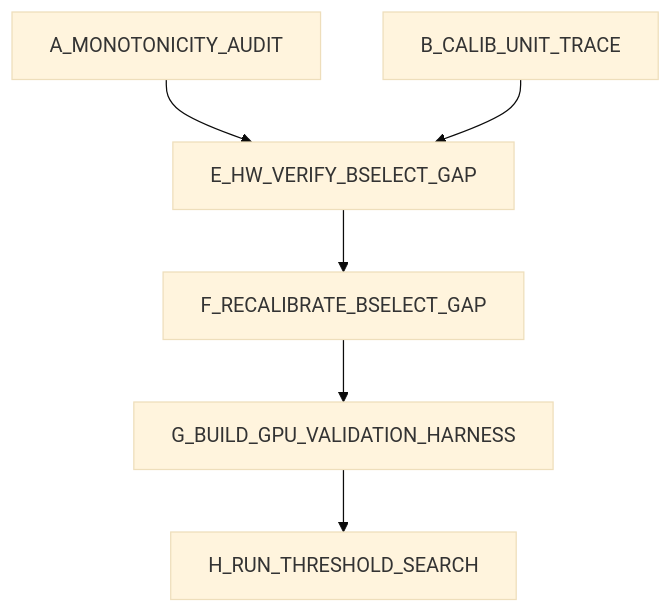
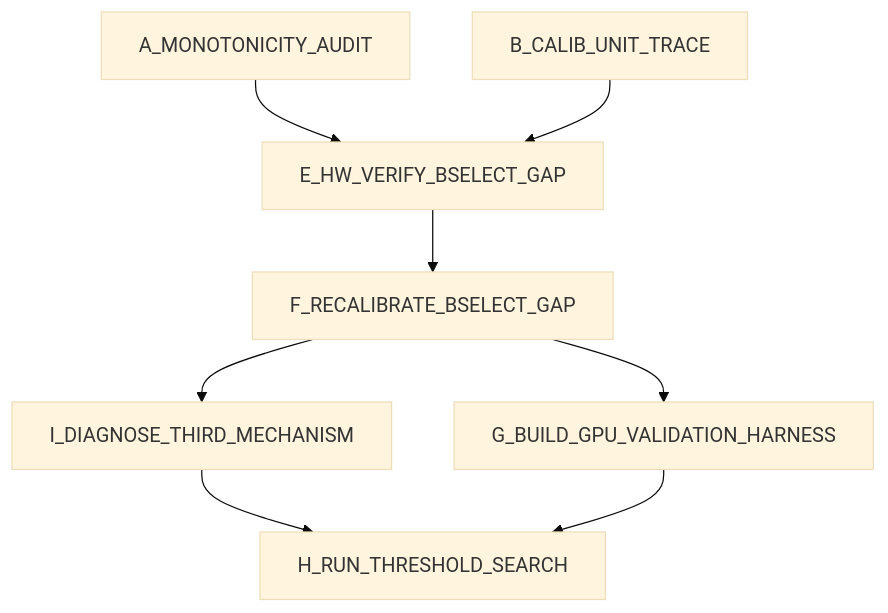
One commit to Sarose550/ICM changed the diagram in SPRINT_GPU_MONOTONICITY_DAG.md. Above: the diagram before and after it, drawn with Mermaid (base theme). The commit also changed other lines of this file and 5 other files, not shown here.

````diff
--- a/SPRINT_GPU_MONOTONICITY_DAG.md
+++ b/SPRINT_GPU_MONOTONICITY_DAG.md
@@ -17,8 +17,10 @@
 ```mermaid
 graph TD
   A[A_MONOTONICITY_AUDIT] --> E[E_HW_VERIFY_BSELECT_GAP]
   B[B_CALIB_UNIT_TRACE] --> E
   E --> F[F_RECALIBRATE_BSELECT_GAP]
+  F --> I[I_DIAGNOSE_THIRD_MECHANISM]
   F --> G[G_BUILD_GPU_VALIDATION_HARNESS]
-  G --> H[H_RUN_THRESHOLD_SEARCH]
+  I --> H[H_RUN_THRESHOLD_SEARCH]
+  G --> H
 ```
````
